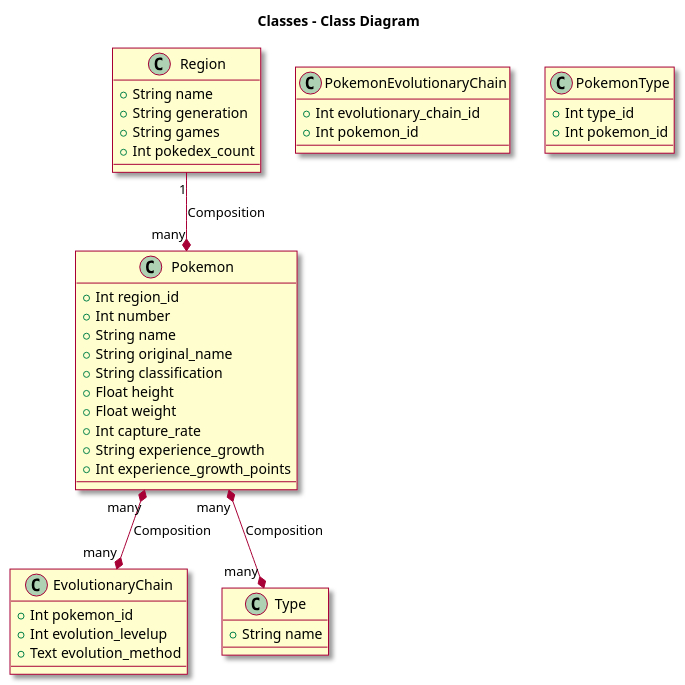
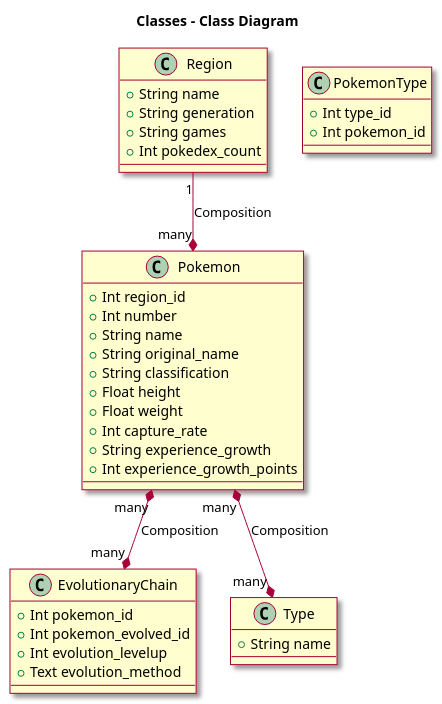
The diagram in README.md (Luiz-Bernardes/pml_api), drawn with PlantUML before and after one commit. The commit also changed other lines of this file and 10 other files, not shown here.

```diff
--- a/README.md
+++ b/README.md
@@ -28,54 +28,50 @@
 @startuml
 
 skin rose
 
 title Classes - Class Diagram
 
 
 class Region {
   +String name
   +String generation
   +String games
   +Int pokedex_count
 }
 
 class Pokemon {
   +Int region_id
   +Int number
   +String name
   +String original_name
   +String classification
   +Float height
   +Float weight
   +Int capture_rate
   +String experience_growth
   +Int experience_growth_points
 }
 
 class EvolutionaryChain {
   +Int pokemon_id
+  +Int pokemon_evolved_id
   +Int evolution_levelup
   +Text evolution_method
-}
-
-class PokemonEvolutionaryChain {
-  +Int evolutionary_chain_id
-  +Int pokemon_id
 }
 
 class Type {
   +String name
 }
 
 class PokemonType {
   +Int type_id
   +Int pokemon_id
 }
 
 
 Pokemon "many" *-up- "1" Region: Composition
 EvolutionaryChain "many" *-up-* "many" Pokemon: Composition
 Type "many" *-up-* "many" Pokemon: Composition
 
 
 @enduml
```
